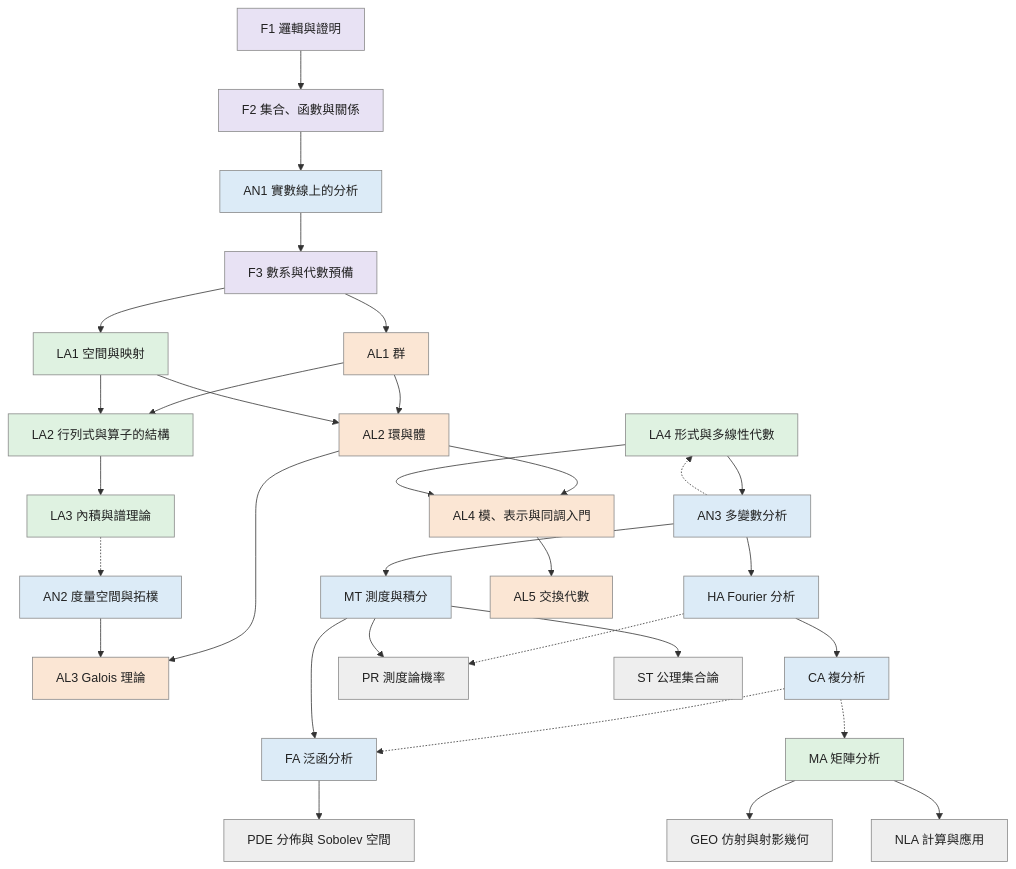
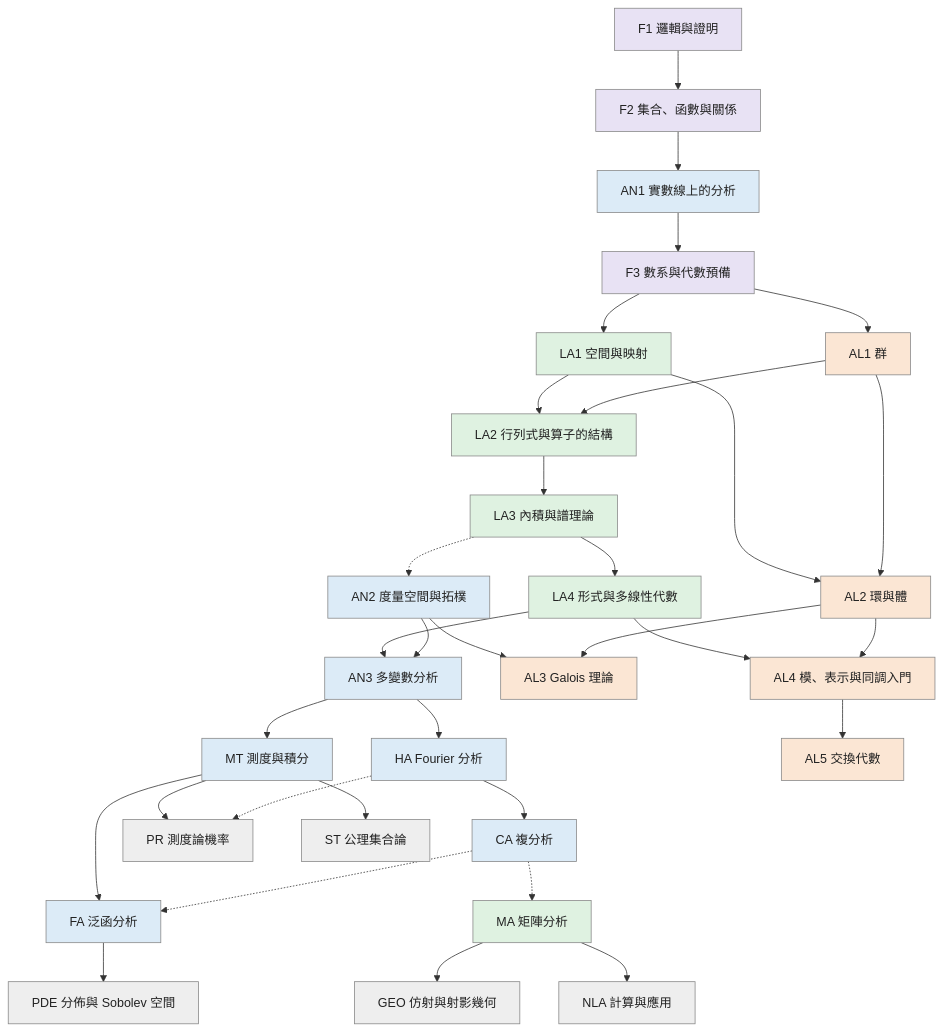
One commit to AkizumiFox/math-atlas changed the diagram in generated/volumes.mmd. Above: the diagram before and after it, drawn with Mermaid. The commit also changed 7 other files, not shown here.

```diff
--- a/generated/volumes.mmd
+++ b/generated/volumes.mmd
@@ -1,61 +1,62 @@
 flowchart TD
   F1["F1 邏輯與證明"]:::found
   F2["F2 集合、函數與關係"]:::found
   AN1["AN1 實數線上的分析"]:::analysis
   F3["F3 數系與代數預備"]:::found
   LA1["LA1 空間與映射"]:::linalg
   AL1["AL1 群"]:::algebra
   LA2["LA2 行列式與算子的結構"]:::linalg
   LA3["LA3 內積與譜理論"]:::linalg
   LA4["LA4 形式與多線性代數"]:::linalg
   AN2["AN2 度量空間與拓樸"]:::analysis
   AN3["AN3 多變數分析"]:::analysis
   AL2["AL2 環與體"]:::algebra
   AL3["AL3 Galois 理論"]:::algebra
   HA["HA Fourier 分析"]:::analysis
   MT["MT 測度與積分"]:::analysis
   CA["CA 複分析"]:::analysis
   FA["FA 泛函分析"]:::analysis
   AL4["AL4 模、表示與同調入門"]:::algebra
   AL5["AL5 交換代數"]:::algebra
   MA["MA 矩陣分析"]:::linalg
   PR["PR 測度論機率"]:::side
   PDE["PDE 分佈與 Sobolev 空間"]:::side
   GEO["GEO 仿射與射影幾何"]:::side
   NLA["NLA 計算與應用"]:::side
   ST["ST 公理集合論"]:::side
   F1 --> F2
   F2 --> AN1
   AN1 --> F3
   F3 --> LA1
   F3 --> AL1
   AL1 --> LA2
   LA1 --> LA2
   LA2 --> LA3
-  AN3 -.-> LA4
+  LA3 --> LA4
   LA3 -.-> AN2
+  AN2 --> AN3
   LA4 --> AN3
   AL1 --> AL2
   LA1 --> AL2
   AL2 --> AL3
   AN2 --> AL3
   AN3 --> HA
   AN3 --> MT
   HA --> CA
   CA -.-> FA
   MT --> FA
   AL2 --> AL4
   LA4 --> AL4
   AL4 --> AL5
   CA -.-> MA
   HA -.-> PR
   MT --> PR
   FA --> PDE
   MA --> GEO
   MA --> NLA
   MT --> ST
   classDef found fill:#e8e2f4,stroke:#888,color:#222
   classDef analysis fill:#dcebf7,stroke:#888,color:#222
   classDef linalg fill:#dff2e1,stroke:#888,color:#222
   classDef algebra fill:#fbe6d4,stroke:#888,color:#222
   classDef side fill:#eeeeee,stroke:#888,color:#222
```
